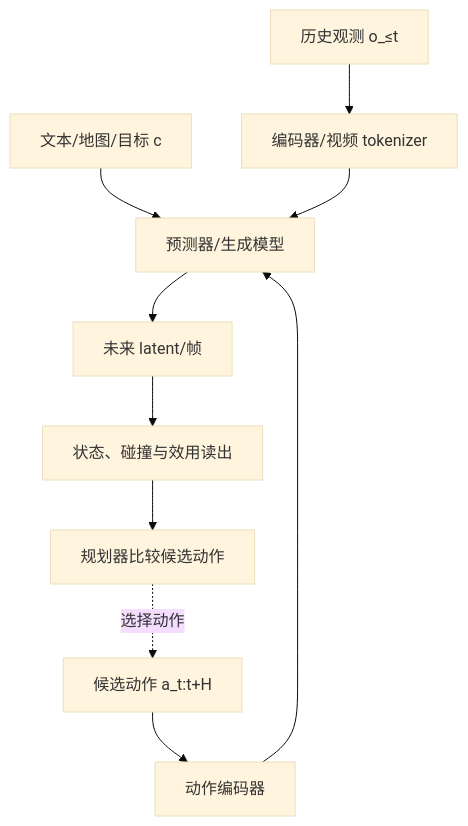
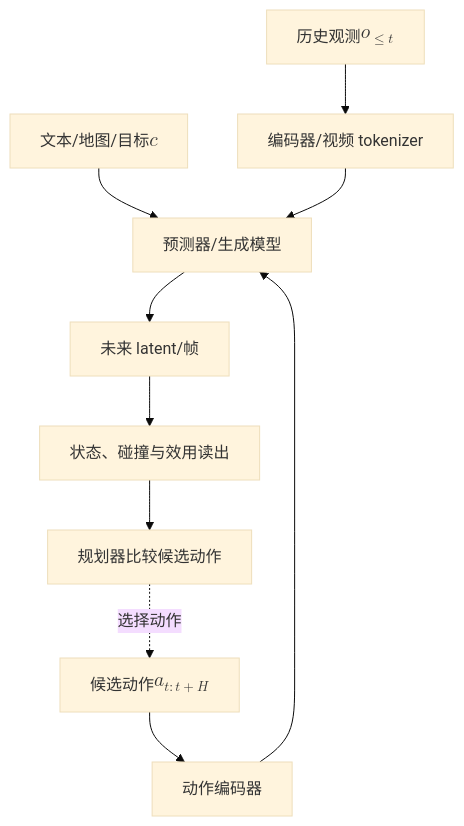
The first of 2 diagrams in docs/part-03-representations/ch11-action-conditioned-video.md (dollarser/world-models-and-embodied-ai-book), drawn with Mermaid (base theme) before and after one commit. The commit also changed other lines of this file and 20 other files, not shown here.

````diff
--- a/docs/part-03-representations/ch11-action-conditioned-video.md
+++ b/docs/part-03-representations/ch11-action-conditioned-video.md
@@ -38,14 +38,14 @@
 ```mermaid
 flowchart TB
     accTitle: FIG-11-01 图 11-1 动作条件视频模型的规划接口
     accDescr: 历史观测与候选动作生成未来视频或 latent，状态与效用读出把未来交给规划器比较，选中动作仍需真实环境和独立安全层验证。
-    O[历史观测 o_≤t] --> E[编码器/视频 tokenizer]
-    A[候选动作 a_t:t+H] --> D[动作编码器]
-    C[文本/地图/目标 c] --> P[预测器/生成模型]
+    O["历史观测 $$o_{\le t}$$"] --> E[编码器/视频 tokenizer]
+    A["候选动作 $$a_{t:t+H}$$"] --> D[动作编码器]
+    C["文本/地图/目标 $$c$$"] --> P[预测器/生成模型]
     E --> P
     D --> P
     P --> Z[未来 latent/帧]
     Z --> R[状态、碰撞与效用读出]
     R --> Q[规划器比较候选动作]
     Q -.选择动作.-> A
 ```
````
